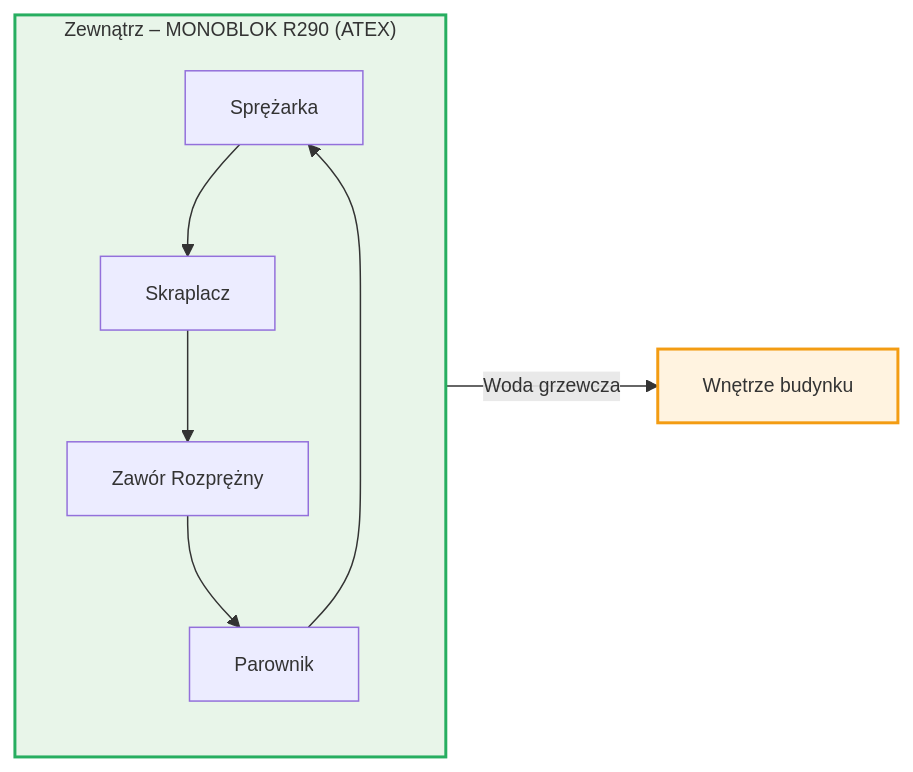
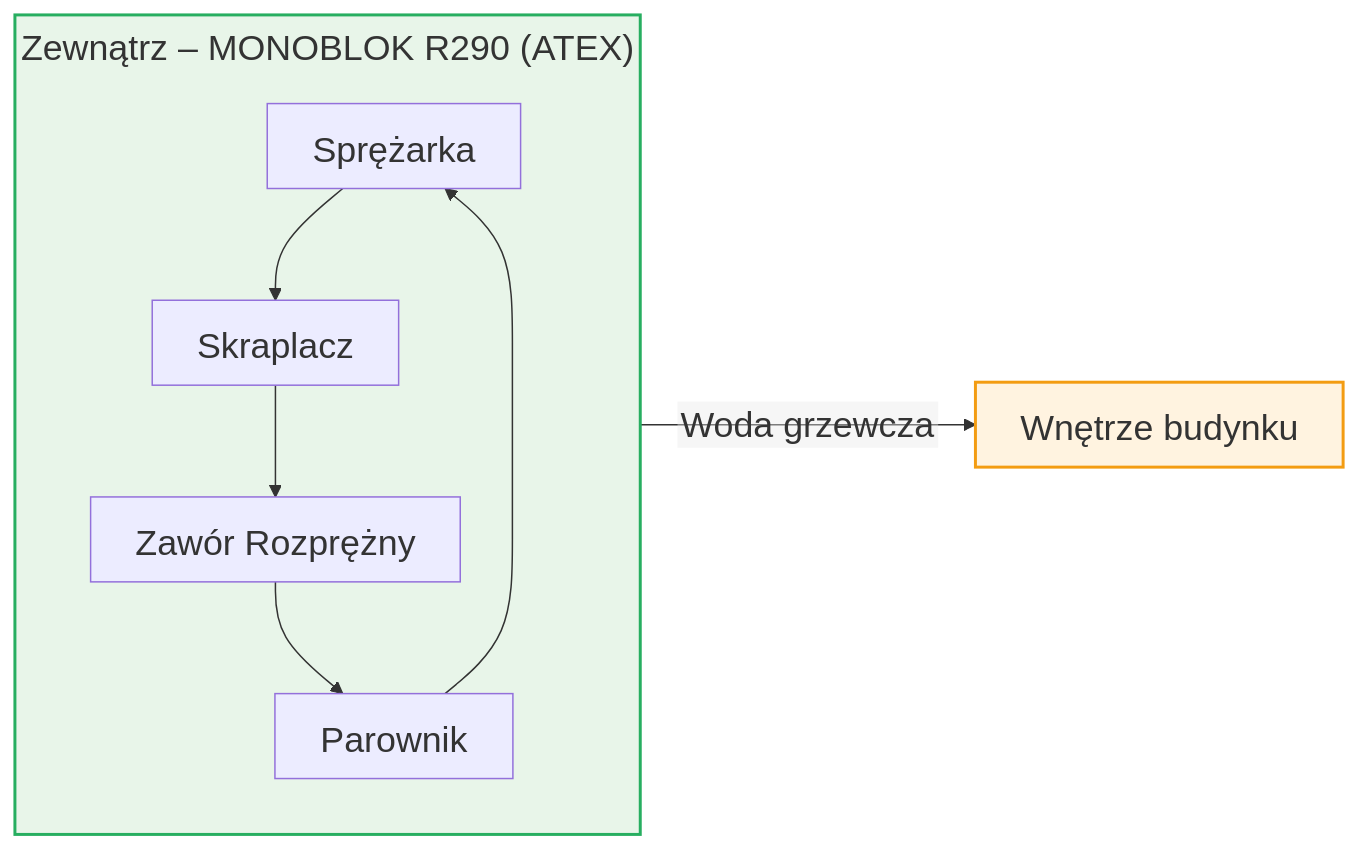
One commit to moondec/Termodynamika changed the second of 4 diagrams in Wyklady/11_Chlodnictwo.qmd. Above: the diagram before and after it, drawn with Mermaid. The commit also changed other lines of this file and 84 other files, not shown here.

First line of the commit message:
Wykłady: diagramy mermaid bez ucinania i dopasowane do slajdów

````diff
--- a/Wyklady/11_Chlodnictwo.qmd
+++ b/Wyklady/11_Chlodnictwo.qmd
@@ -604,14 +608,14 @@
 ```{mermaid}
-%%{init: {'theme': 'default', 'themeVariables': { 'fontSize': '13px' }}}%%
+%%{init: {'theme': 'default', 'themeVariables': {'fontSize': '24px', 'fontFamily': 'Arial, Helvetica, sans-serif'}, 'htmlLabels': false, 'flowchart': {'htmlLabels': false, 'wrappingWidth': 400, 'subGraphTitleMargin': {'top': 6, 'bottom': 16}}}}%%
 flowchart LR
     subgraph OUT["Zewnątrz – MONOBLOK R290 (ATEX)"]
         direction TB
         SP["Sprężarka"] --> SK["Skraplacz"]
         SK --> ZR["Zawór Rozprężny"]
         ZR --> PA["Parownik"]
         PA --> SP
     end
     OUT -- "Woda grzewcza" --> IN["Wnętrze budynku"]
     style OUT fill:#e8f5e9,stroke:#27ae60,stroke-width:2px
     style IN fill:#fff3e0,stroke:#f39c12,stroke-width:2px
 ```
````
